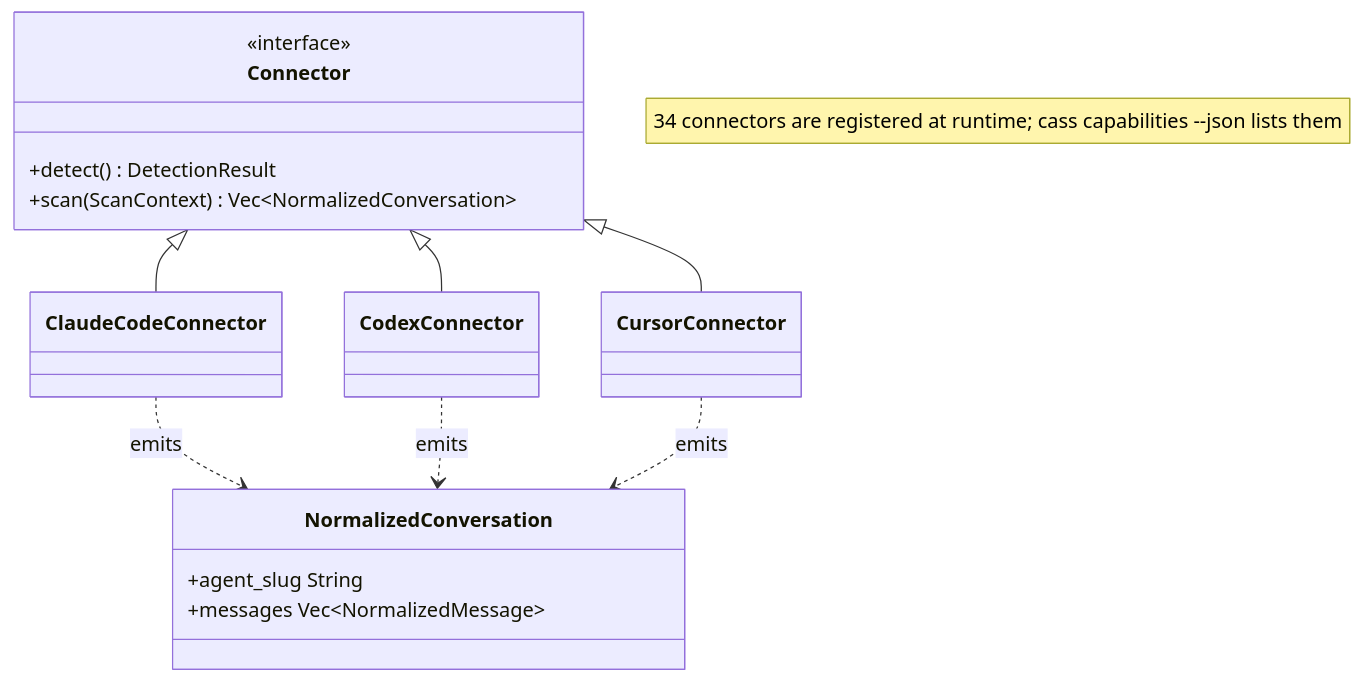
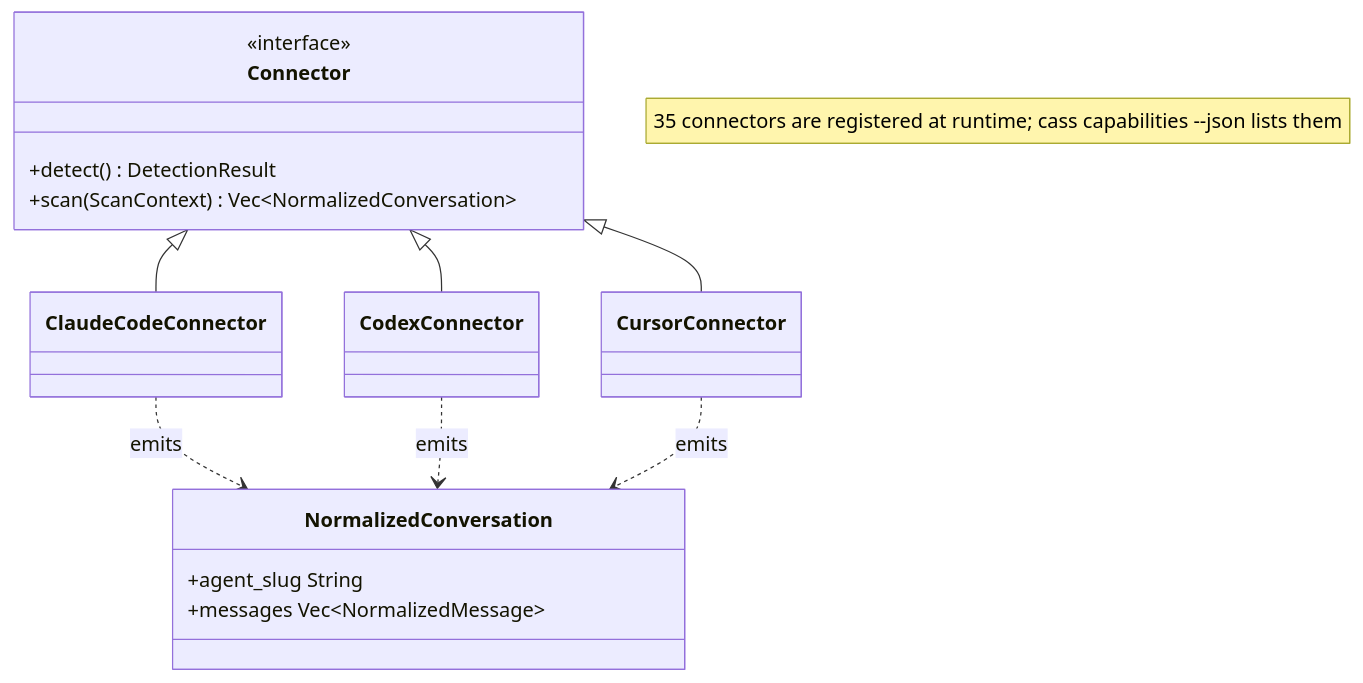
One commit to Dicklesworthstone/coding_agent_session_search changed the first of 3 diagrams in README.md. Above: the diagram before and after it, drawn with Mermaid. The commit also changed other lines of this file and 24 other files, not shown here.

````diff
--- a/README.md
+++ b/README.md
@@ -2705,22 +2706,22 @@
 ```mermaid
 classDiagram
  class Connector {
  <<interface>>
  +detect() DetectionResult
  +scan(ScanContext) Vec~NormalizedConversation~
  }
  class NormalizedConversation {
  +agent_slug String
  +messages Vec~NormalizedMessage~
  }
 
  Connector <|-- ClaudeCodeConnector
  Connector <|-- CodexConnector
  Connector <|-- CursorConnector
 
  ClaudeCodeConnector ..> NormalizedConversation : emits
  CodexConnector ..> NormalizedConversation : emits
  CursorConnector ..> NormalizedConversation : emits
 
- note "34 connectors are registered at runtime; cass capabilities --json lists them"
+ note "35 connectors are registered at runtime; cass capabilities --json lists them"
 ```
````
